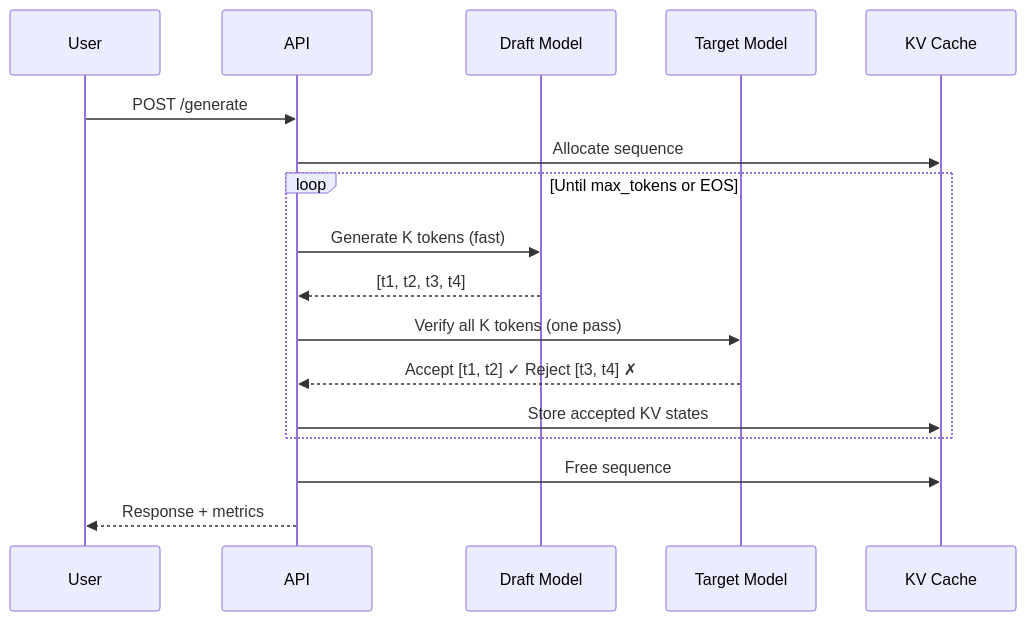
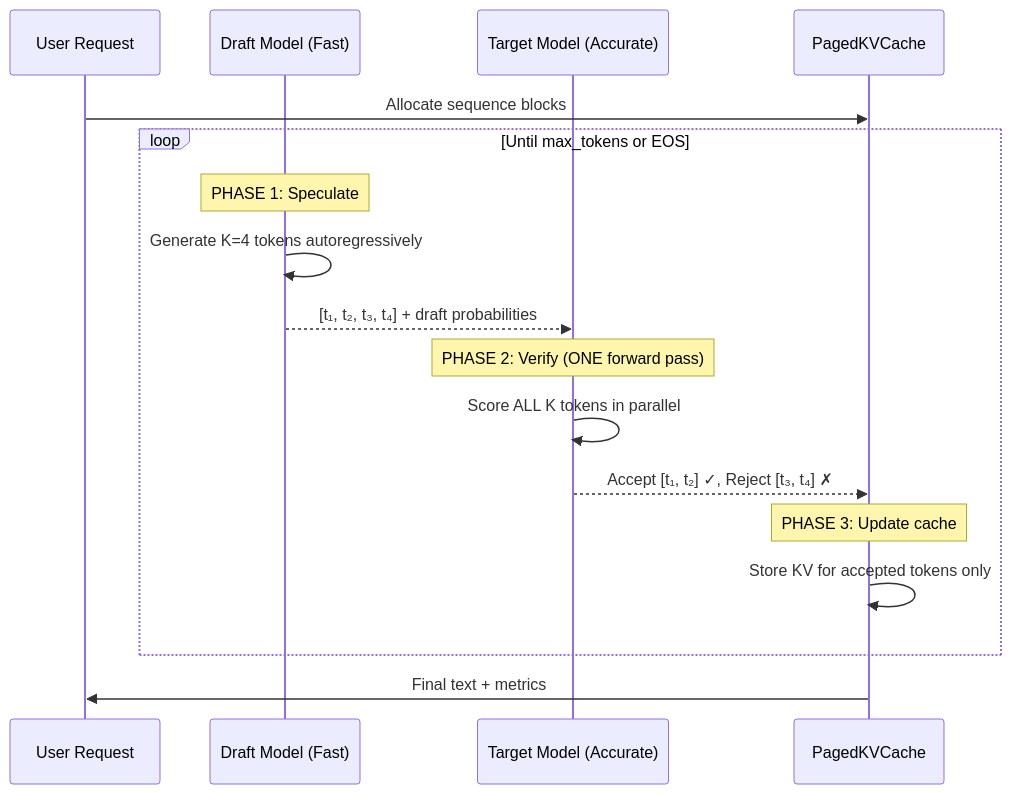
The second of 4 diagrams in README.md (singhuday26/Helix), drawn with Mermaid before and after one commit. The commit also changed other lines of this file and 1 other file, not shown here.

````diff
--- a/README.md
+++ b/README.md
@@ -181,22 +151,24 @@
 ```mermaid
 sequenceDiagram
-    participant U as User
-    participant A as API
-    participant D as Draft Model
-    participant T as Target Model
-    participant C as KV Cache
+    participant U as User Request
+    participant D as Draft Model (Fast)
+    participant T as Target Model (Accurate)
+    participant C as PagedKVCache
 
-    U->>A: POST /generate
-    A->>C: Allocate sequence
-
+    U->>C: Allocate sequence blocks
+    
     loop Until max_tokens or EOS
-        A->>D: Generate K tokens (fast)
-        D-->>A: [t1, t2, t3, t4]
-        A->>T: Verify all K tokens (one pass)
-        T-->>A: Accept [t1, t2] ✓ Reject [t3, t4] ✗
-        A->>C: Store accepted KV states
+        Note over D: PHASE 1: Speculate
+        D->>D: Generate K=4 tokens autoregressively
+        D-->>T: [t₁, t₂, t₃, t₄] + draft probabilities
+        
+        Note over T: PHASE 2: Verify (ONE forward pass)
+        T->>T: Score ALL K tokens in parallel
+        T-->>C: Accept [t₁, t₂] ✓, Reject [t₃, t₄] ✗
+        
+        Note over C: PHASE 3: Update cache
+        C->>C: Store KV for accepted tokens only
     end
-
-    A->>C: Free sequence
-    A-->>U: Response + metrics
+    
+    C->>U: Final text + metrics
 ```
````
